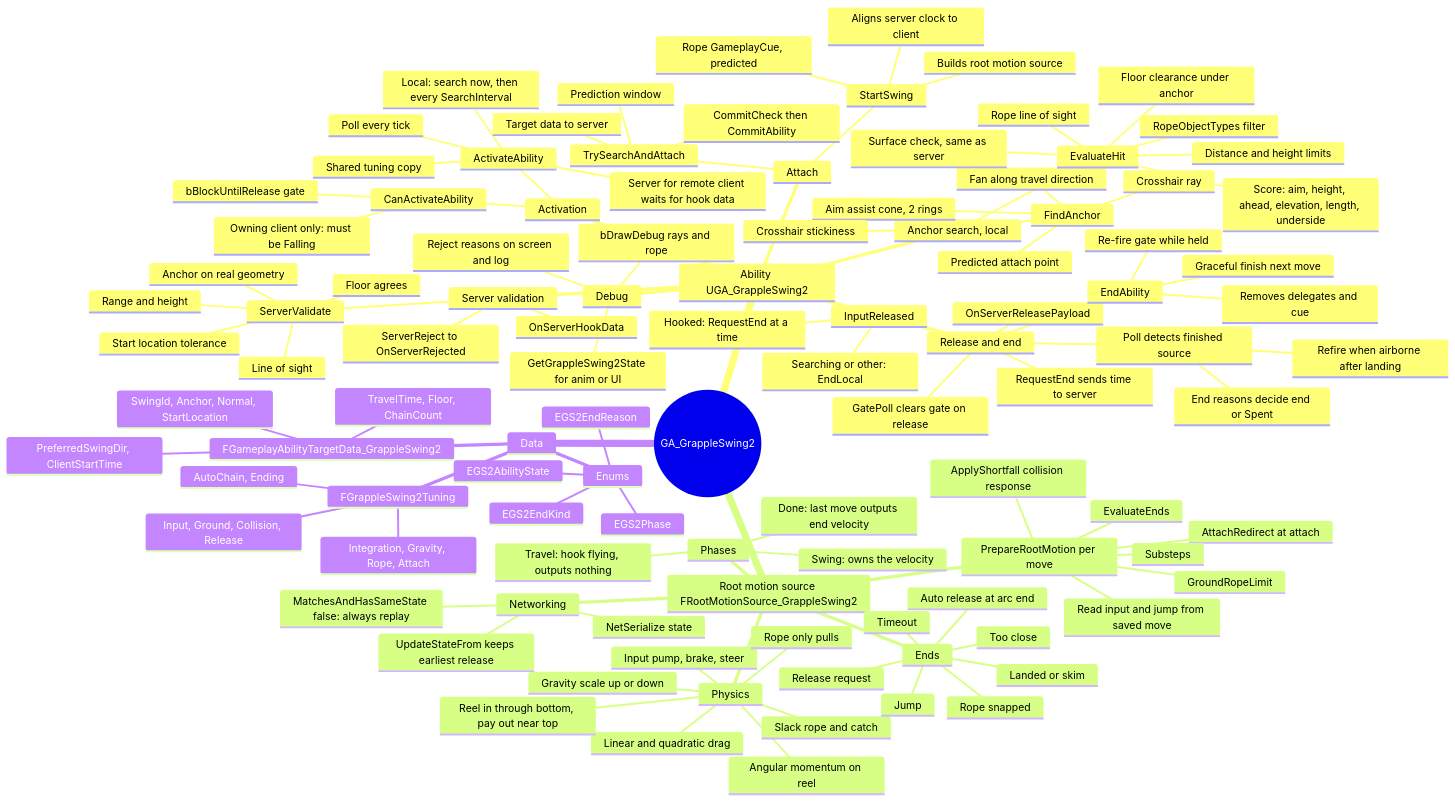
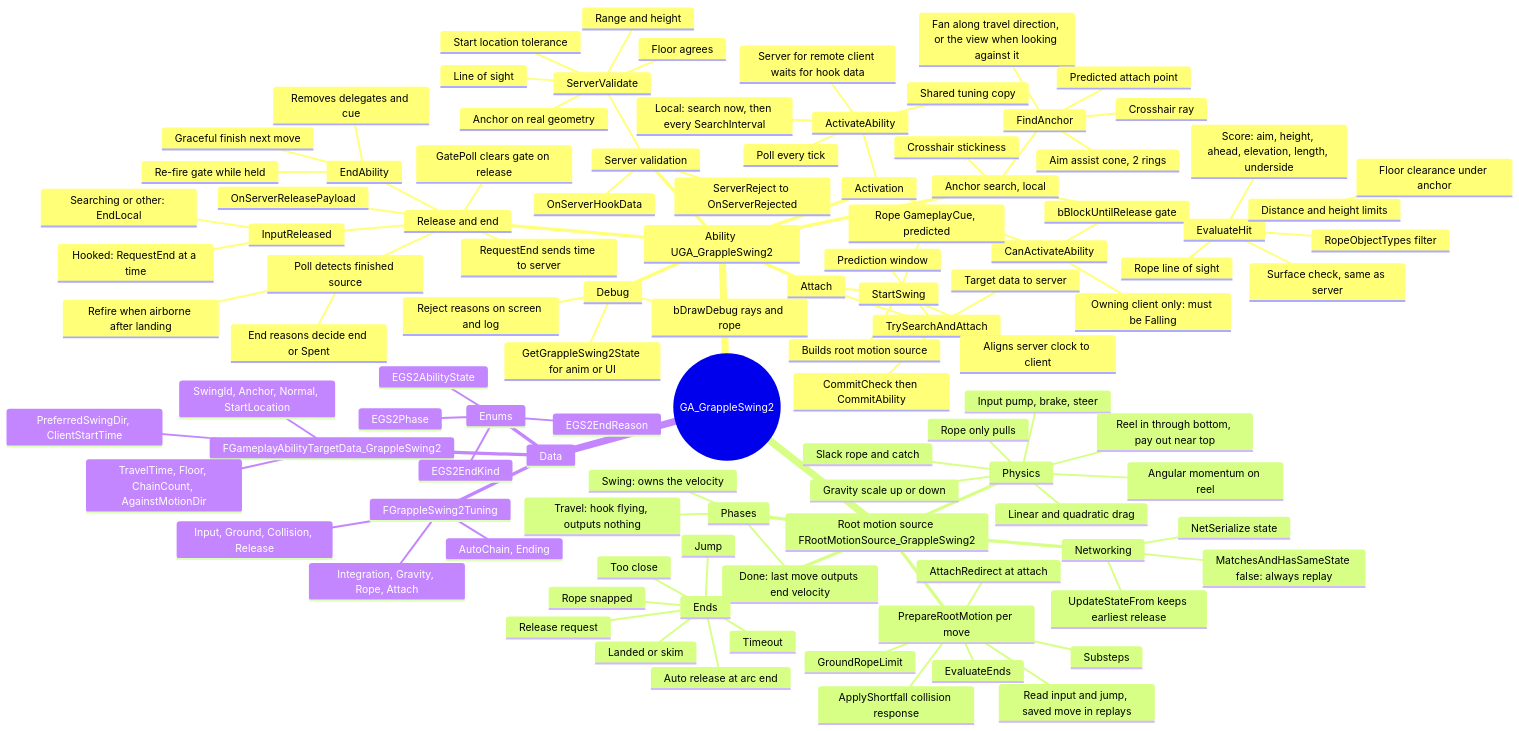
One commit to talal-jpg/AuraRedo2 changed the first of 5 diagrams in Docs/GA_GrappleSwing2.md. Above: the diagram before and after it, drawn with Mermaid. The commit also changed other lines of this file, not shown here.

First line of the commit message:
Correct GA_GrappleSwing2 docs against the code

```diff
--- a/Docs/GA_GrappleSwing2.md
+++ b/Docs/GA_GrappleSwing2.md
@@ -29,7 +29,7 @@
         FindAnchor
           Crosshair ray
           Aim assist cone, 2 rings
-          Fan along travel direction
+          Fan along travel direction, or the view when looking against it
           Predicted attach point
         EvaluateHit
           RopeObjectTypes filter
@@ -81,7 +81,7 @@
         Swing: owns the velocity
         Done: last move outputs end velocity
       PrepareRootMotion per move
-        Read input and jump from saved move
+        Read input and jump, saved move in replays
         AttachRedirect at attach
         ApplyShortfall collision response
         EvaluateEnds
@@ -111,7 +111,7 @@
       FGameplayAbilityTargetData_GrappleSwing2
         SwingId, Anchor, Normal, StartLocation
         PreferredSwingDir, ClientStartTime
-        TravelTime, Floor, ChainCount
+        TravelTime, Floor, ChainCount, AgainstMotionDir
       FGrappleSwing2Tuning
         Integration, Gravity, Rope, Attach
         Input, Ground, Collision, Release
```
